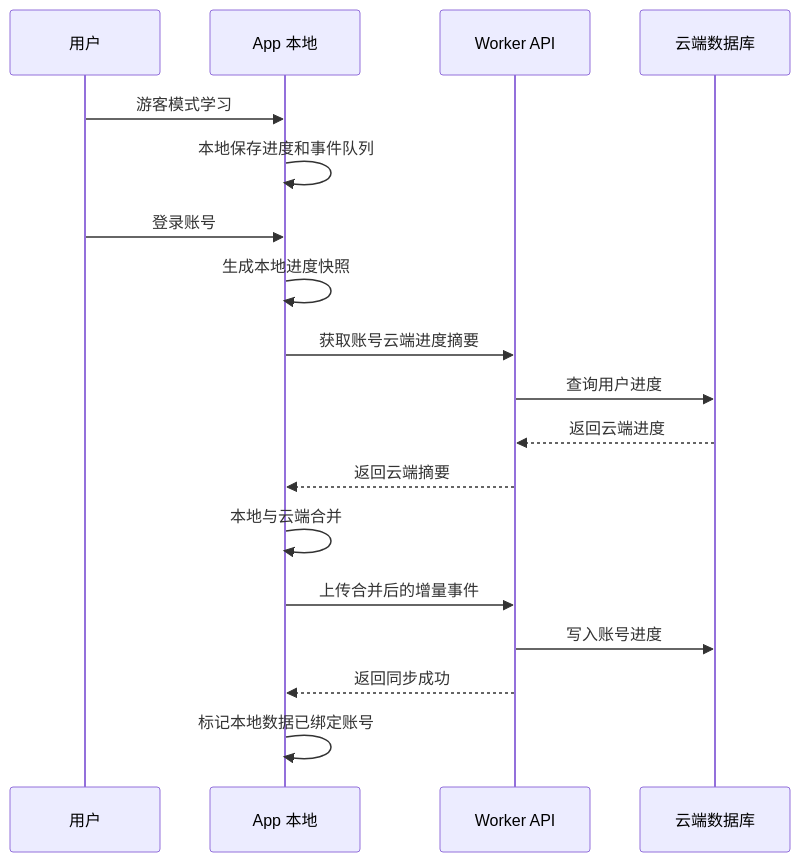
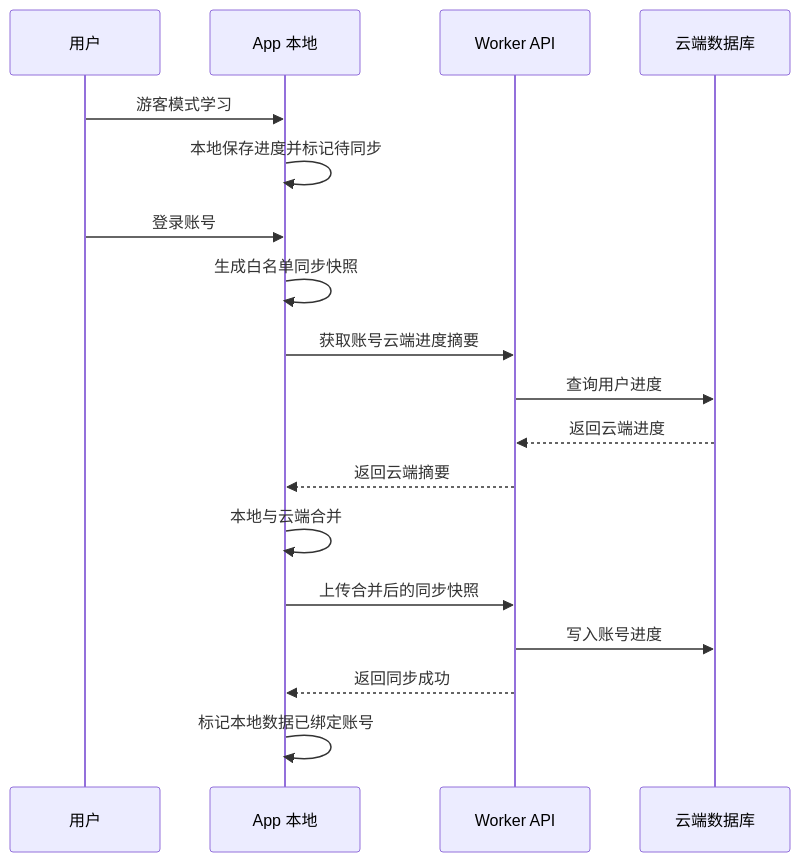
The fourth of 8 diagrams in docs/design.md (nontracey/mianshi-zhilian-app), drawn with Mermaid before and after one commit. The commit also changed other lines of this file and 14 other files, not shown here.

````diff
--- a/docs/design.md
+++ b/docs/design.md
@@ -320,21 +322,21 @@
 ```mermaid
 sequenceDiagram
   participant U as 用户
   participant APP as App 本地
   participant API as Worker API
   participant DB as 云端数据库
 
   U->>APP: 游客模式学习
-  APP->>APP: 本地保存进度和事件队列
+  APP->>APP: 本地保存进度并标记待同步
   U->>APP: 登录账号
-  APP->>APP: 生成本地进度快照
+  APP->>APP: 生成白名单同步快照
   APP->>API: 获取账号云端进度摘要
   API->>DB: 查询用户进度
   DB-->>API: 返回云端进度
   API-->>APP: 返回云端摘要
   APP->>APP: 本地与云端合并
-  APP->>API: 上传合并后的增量事件
+  APP->>API: 上传合并后的同步快照
   API->>DB: 写入账号进度
   API-->>APP: 返回同步成功
   APP->>APP: 标记本地数据已绑定账号
 ```
````
